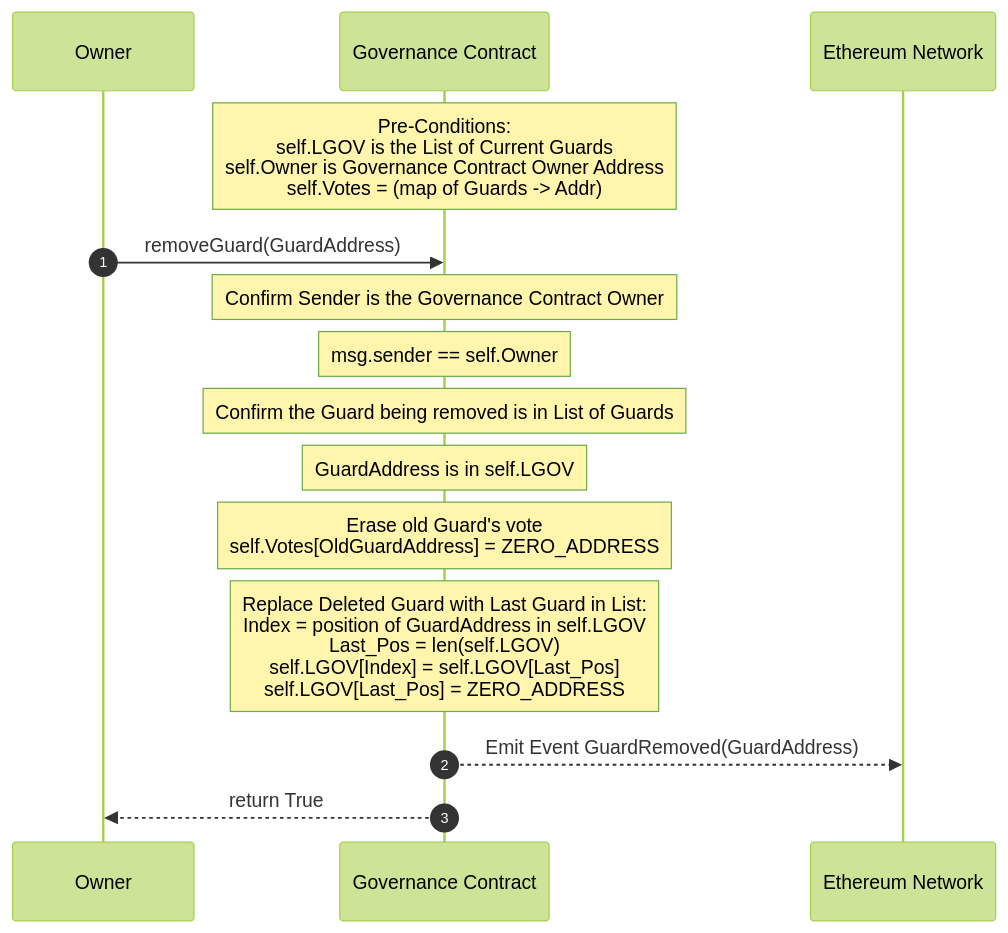
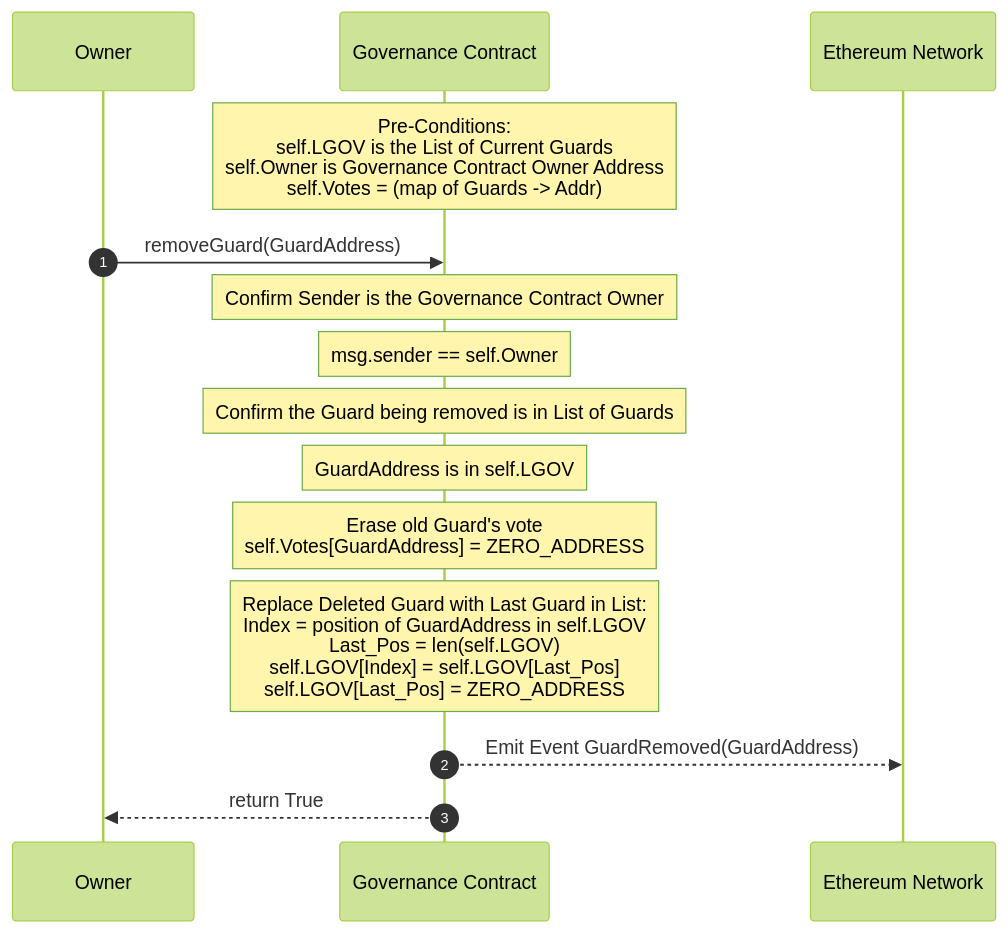
The seventh of 9 diagrams in docs/Governance.md (DynamoFinance/vault), drawn with Mermaid (forest theme) before and after one commit.

Commit message:
Small corrections in replaceGovernance logic.

````diff
--- a/docs/Governance.md
+++ b/docs/Governance.md
@@ -313,26 +313,26 @@
 ```mermaid
 sequenceDiagram
 
     participant OG as Owner
     participant C1 as Governance Contract
     participant N as Ethereum Network
     autonumber
 
 
     Note over C1: Pre-Conditions: <br> self.LGOV is the List of Current Guards <br> self.Owner is Governance Contract Owner Address <br>self.Votes = (map of Guards -> Addr)
     OG->>C1: removeGuard(GuardAddress)
 
     Note over C1: Confirm Sender is the Governance Contract Owner
     Note over C1: msg.sender == self.Owner
     Note over C1: Confirm the Guard being removed is in List of Guards
     Note over C1: GuardAddress is in self.LGOV
 
-    Note over C1: Erase old Guard's vote<br>self.Votes[OldGuardAddress] = ZERO_ADDRESS    
+    Note over C1: Erase old Guard's vote<br>self.Votes[GuardAddress] = ZERO_ADDRESS    
 
     Note over C1: Replace Deleted Guard with Last Guard in List: <br> Index = position of GuardAddress in self.LGOV <br> Last_Pos = len(self.LGOV)<br> self.LGOV[Index] = self.LGOV[Last_Pos] <br> self.LGOV[Last_Pos] = ZERO_ADDRESS
     
 
     C1-->>N: Emit Event GuardRemoved(GuardAddress)
 
     C1-->>OG: return True
 ```
````
